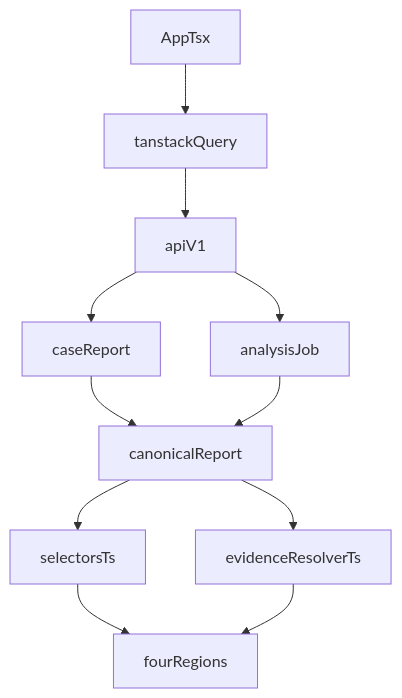
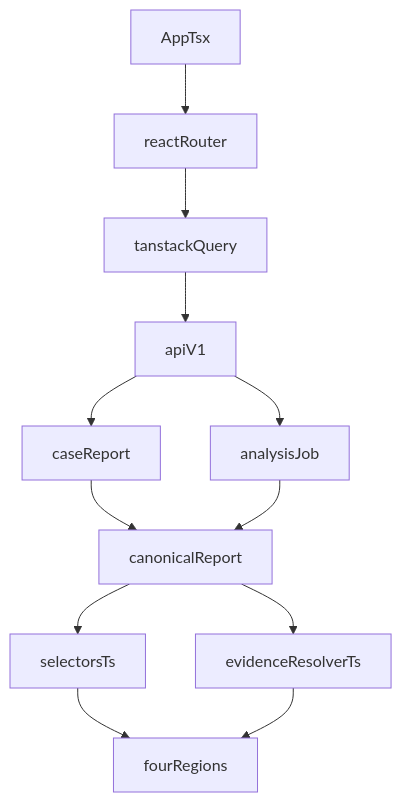
The diagram in docs/architecture/frontend-data-flow.md (piyushk6626/SecureMail), drawn with Mermaid before and after one commit. The commit also changed other lines of this file and 35 other files, not shown here.

````diff
--- a/docs/architecture/frontend-data-flow.md
+++ b/docs/architecture/frontend-data-flow.md
@@ -19,22 +20,24 @@
 ```mermaid
 flowchart TB
   ui[AppTsx]
+  router[reactRouter]
   query[tanstackQuery]
   api[apiV1]
   catalog[caseReport]
   job[analysisJob]
   report[canonicalReport]
   selectors[selectorsTs]
   resolver[evidenceResolverTs]
   regions[fourRegions]
-  ui --> query
+  ui --> router
+  router --> query
   query --> api
   api --> catalog
   api --> job
   catalog --> report
   job --> report
   report --> selectors
   report --> resolver
   selectors --> regions
   resolver --> regions
 ```
````
